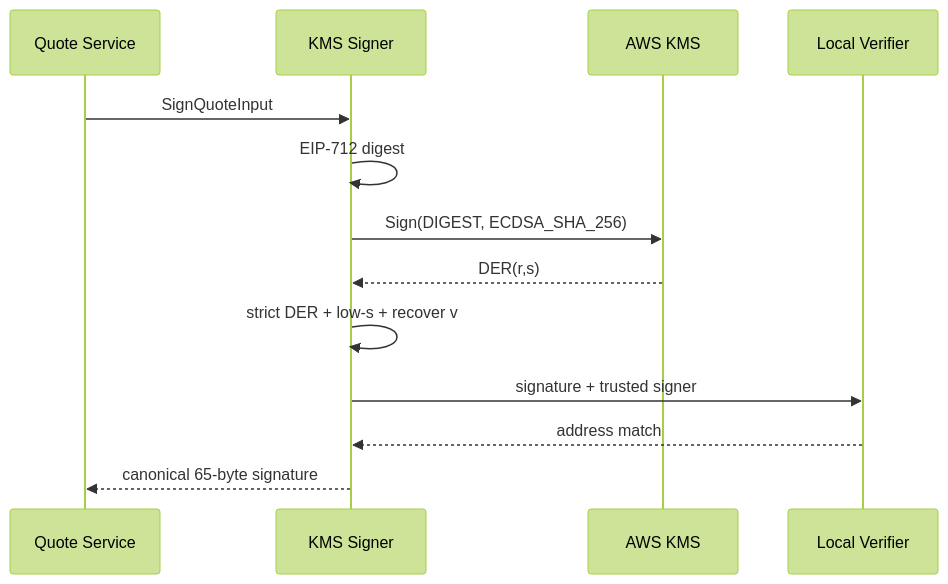
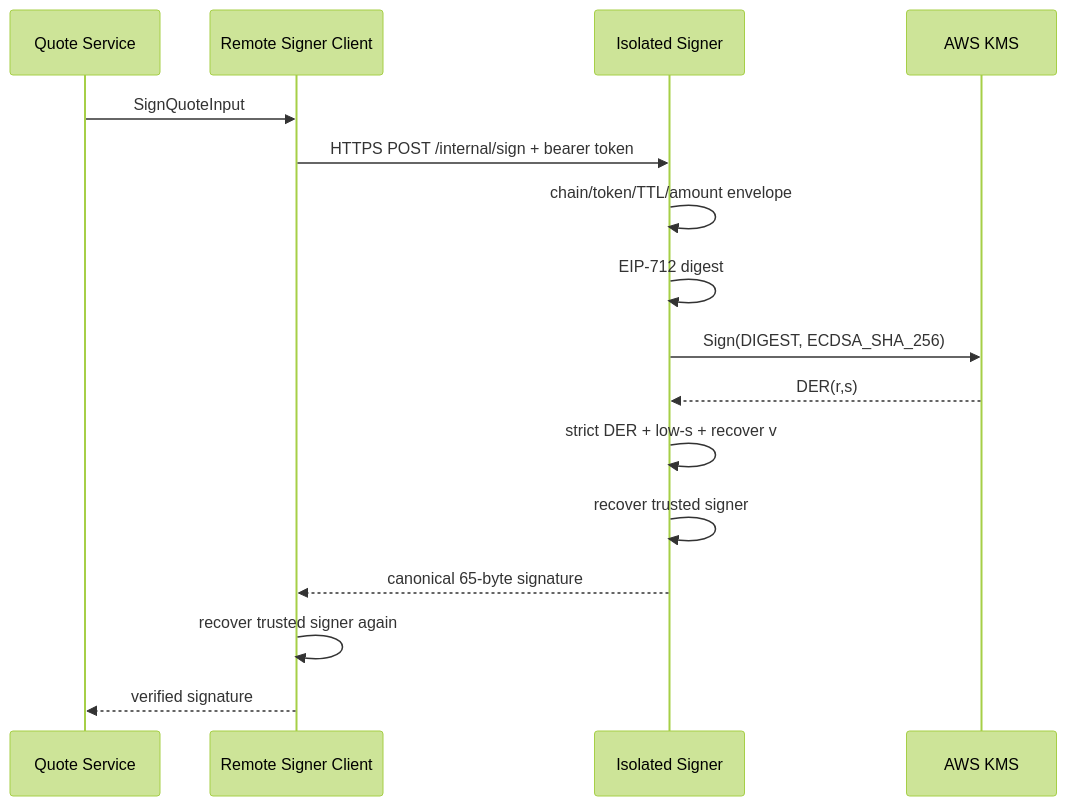
Before and after one commit to alvis-ai/production-grade-web3-rfq-market-maker: the diagram in docs/adr/ADR-0005-Use-KMS-For-Production-Signing.md, drawn with Mermaid (forest theme). The commit also changed other lines of this file and 55 other files, not shown here.

````diff
--- a/docs/adr/ADR-0005-Use-KMS-For-Production-Signing.md
+++ b/docs/adr/ADR-0005-Use-KMS-For-Production-Signing.md
@@ -30,15 +29,18 @@
 ```mermaid
 sequenceDiagram
   participant Q as Quote Service
-  participant S as KMS Signer
+  participant R as Remote Signer Client
+  participant S as Isolated Signer
   participant K as AWS KMS
-  participant V as Local Verifier
-  Q->>S: SignQuoteInput
+  Q->>R: SignQuoteInput
+  R->>S: HTTPS POST /internal/sign + bearer token
+  S->>S: chain/token/TTL/amount envelope
   S->>S: EIP-712 digest
   S->>K: Sign(DIGEST, ECDSA_SHA_256)
   K-->>S: DER(r,s)
   S->>S: strict DER + low-s + recover v
-  S->>V: signature + trusted signer
-  V-->>S: address match
-  S-->>Q: canonical 65-byte signature
+  S->>S: recover trusted signer
+  S-->>R: canonical 65-byte signature
+  R->>R: recover trusted signer again
+  R-->>Q: verified signature
 ```
````
